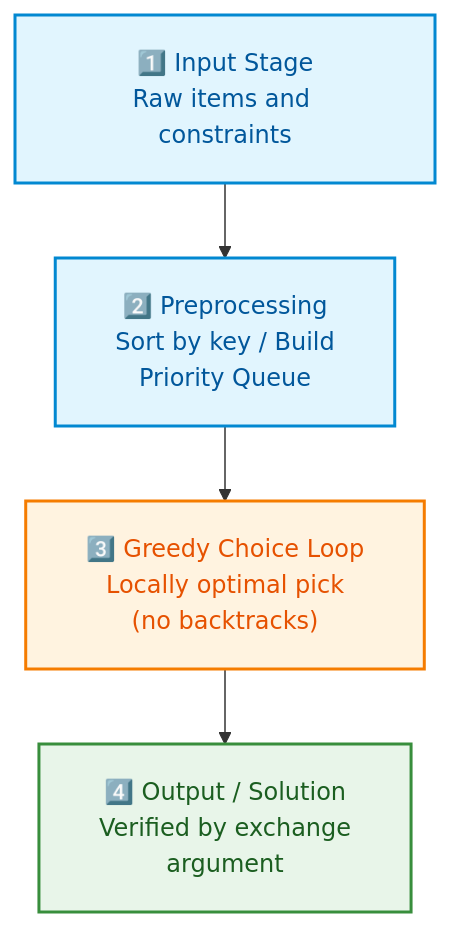
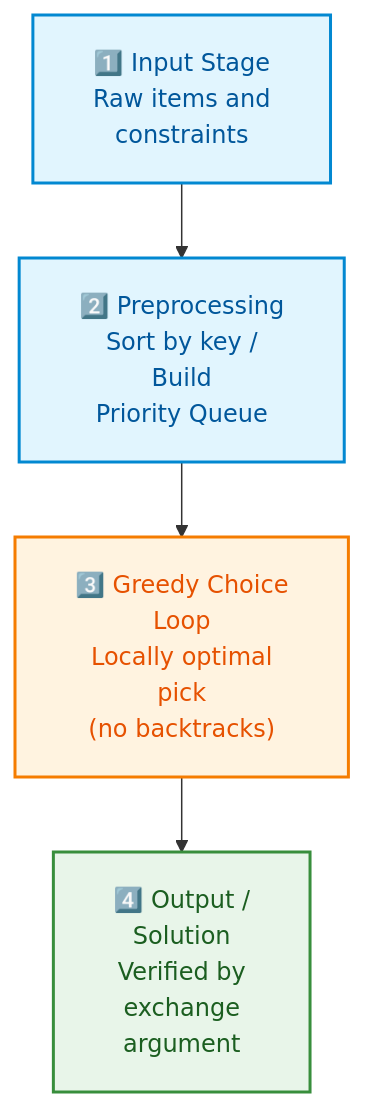
The first of 4 diagrams in week_12_greedy_and_paradigms/Week_12_Visual_Concepts_Playbook_HYBRID.md (dip4k/DSA_102), drawn with Mermaid before and after one commit. The commit also changed other lines of this file and 106 other files, not shown here.

First line of the commit message:
fix(mermaid): prevent text clipping with foreignObject overflow and tighter line wrapping

````diff
--- a/week_12_greedy_and_paradigms/Week_12_Visual_Concepts_Playbook_HYBRID.md
+++ b/week_12_greedy_and_paradigms/Week_12_Visual_Concepts_Playbook_HYBRID.md
@@ -61,14 +61,14 @@
 ```mermaid
-%%{init: {"flowchart": {"htmlLabels": true, "padding": 20}}}%%
+%%{init: {"flowchart": {"htmlLabels": true, "padding": 20}, "themeCSS": "foreignObject { overflow: visible !important; }"}}%%
 flowchart TD
     classDef stage fill:#e1f5fe,stroke:#0288d1,color:#01579b,stroke-width:2px;
     classDef loop fill:#fff3e0,stroke:#f57c00,color:#e65100,stroke-width:2px;
     classDef out fill:#e8f5e9,stroke:#388e3c,color:#1b5e20,stroke-width:2px;
 
-    S1["1️⃣ Input Stage<br/>Raw items and constraints"]:::stage
-    S2["2️⃣ Preprocessing<br/>Sort by key / Build<br/>Priority Queue"]:::stage
-    S3["3️⃣ Greedy Choice Loop<br/>Locally optimal pick<br/>(no backtracks)"]:::loop
-    S4["4️⃣ Output / Solution<br/>Verified by exchange<br/>argument"]:::out
+    S1["1️⃣ Input Stage<br/>Raw items and<br/>constraints"]:::stage
+    S2["2️⃣ Preprocessing<br/>Sort by key /<br/>Build<br/>Priority Queue"]:::stage
+    S3["3️⃣ Greedy Choice<br/>Loop<br/>Locally optimal<br/>pick<br/>(no backtracks)"]:::loop
+    S4["4️⃣ Output /<br/>Solution<br/>Verified by<br/>exchange<br/>argument"]:::out
 
     S1 --> S2 --> S3 --> S4
 ```
````
